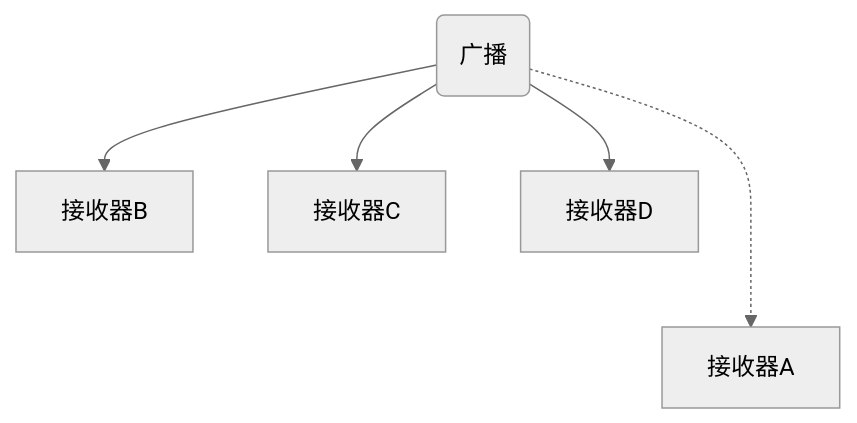
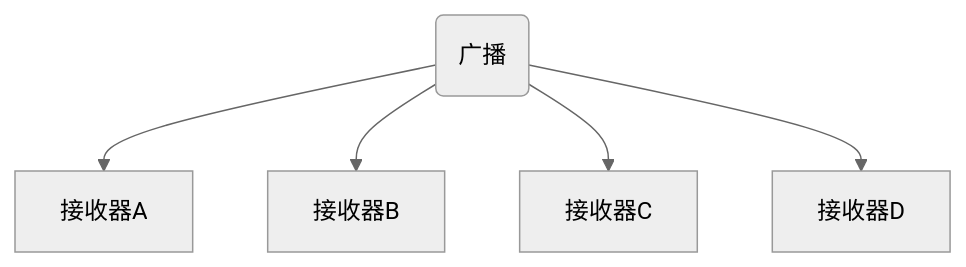
The first of 2 diagrams in Android/Android编程实战/第8章 掌握BroadcastReceiver以及配置更改/01-BroadcastReceiver.md (xiaotuan/Note), drawn with Mermaid (neutral theme) before and after one commit. The commit also changed other lines of this file and 2 other files, not shown here.

````diff
--- a/Android/Android编程实战/第8章 掌握BroadcastReceiver以及配置更改/01-BroadcastReceiver.md
+++ b/Android/Android编程实战/第8章 掌握BroadcastReceiver以及配置更改/01-BroadcastReceiver.md
@@ -108,7 +108,7 @@
 ```mermaid
 graph TD
-A(广播) ..-> B[接收器A]
+A(广播) --> B[接收器A]
      A --> C[接收器B]
      A --> D[接收器C]
      A --> E[接收器D]
 ```
````
